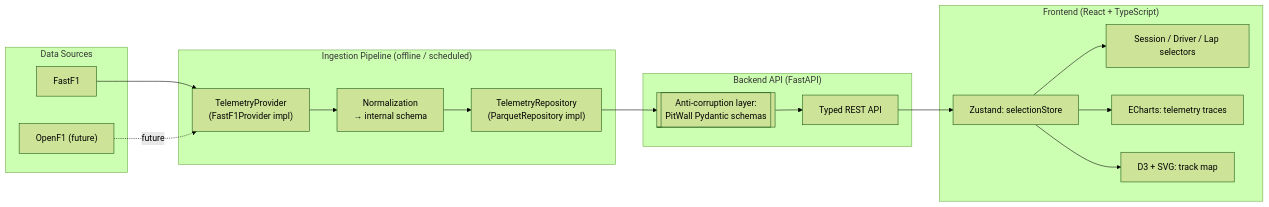
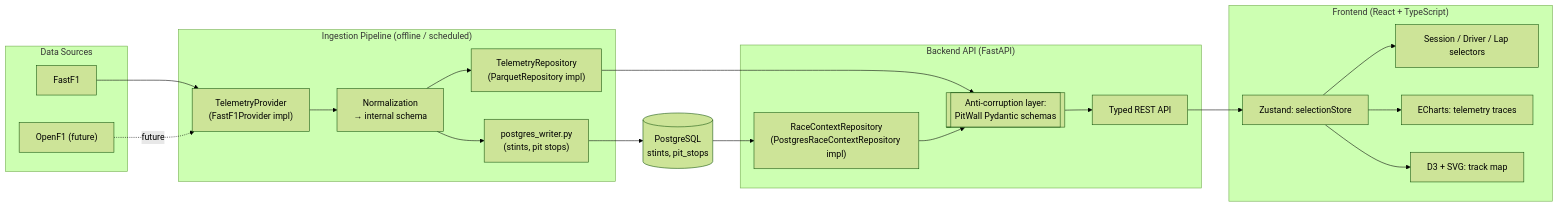
The diagram in docs/architecture.md (Sneha73685/pitwall), drawn with Mermaid (forest theme) before and after one commit. The commit also changed other lines of this file and 5 other files, not shown here.

````diff
--- a/docs/architecture.md
+++ b/docs/architecture.md
@@ -9,26 +9,31 @@
 ```mermaid
 flowchart LR
     subgraph Sources["Data Sources"]
         FF1[FastF1]
         OF1["OpenF1 (future)"]
     end
 
     subgraph Pipeline["Ingestion Pipeline (offline / scheduled)"]
         FF1 --> Provider["TelemetryProvider\n(FastF1Provider impl)"]
         OF1 -.future.-> Provider
         Provider --> Norm["Normalization\n→ internal schema"]
         Norm --> Repo["TelemetryRepository\n(ParquetRepository impl)"]
+        Norm --> PgWriter["postgres_writer.py\n(stints, pit stops)"]
     end
 
     subgraph Backend["Backend API (FastAPI)"]
         Repo --> Boundary[["Anti-corruption layer:\nPitWall Pydantic schemas"]]
+        RCRepo["RaceContextRepository\n(PostgresRaceContextRepository impl)"] --> Boundary
         Boundary --> API["Typed REST API"]
     end
+
+    PgWriter --> PG[("PostgreSQL\nstints, pit_stops")]
+    PG --> RCRepo
 
     subgraph Frontend["Frontend (React + TypeScript)"]
         API --> Store["Zustand: selectionStore"]
         Store --> UI["Session / Driver / Lap selectors"]
         Store --> Charts["ECharts: telemetry traces"]
         Store --> Track["D3 + SVG: track map"]
     end
 ```
````
